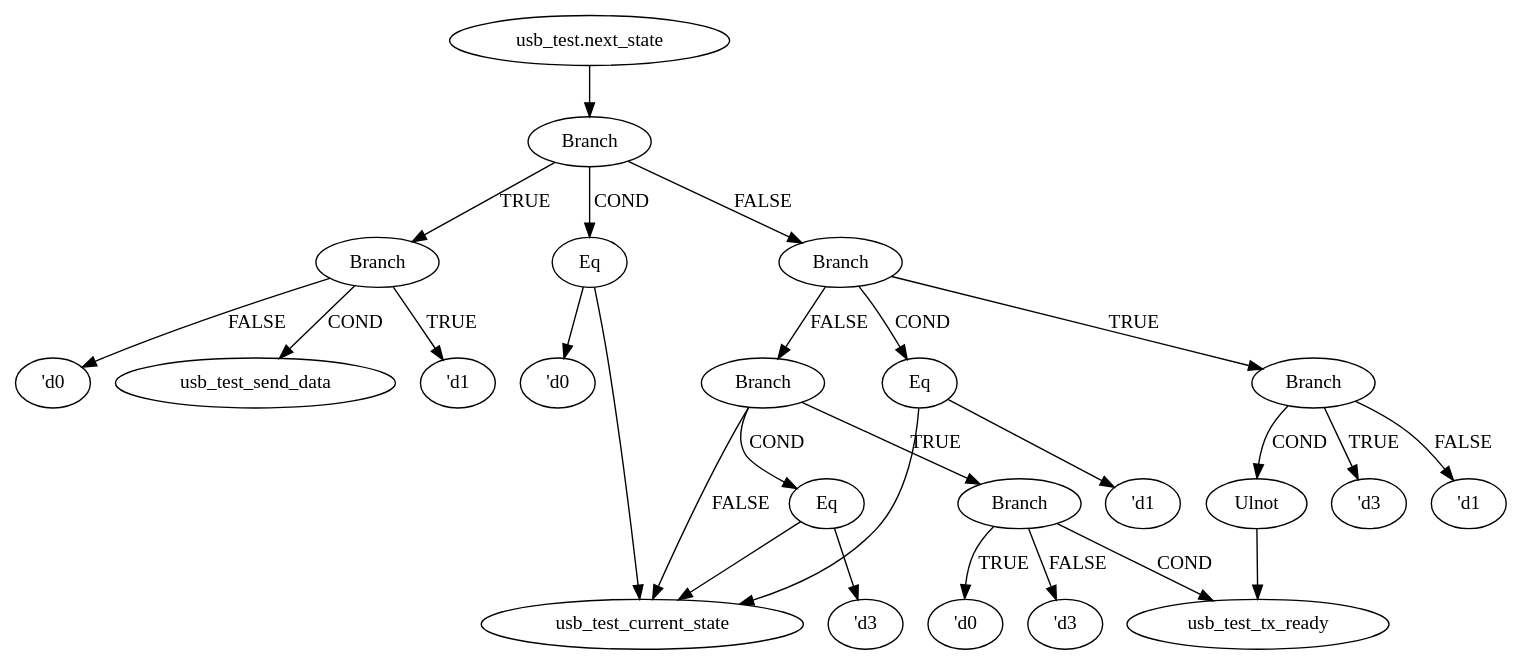
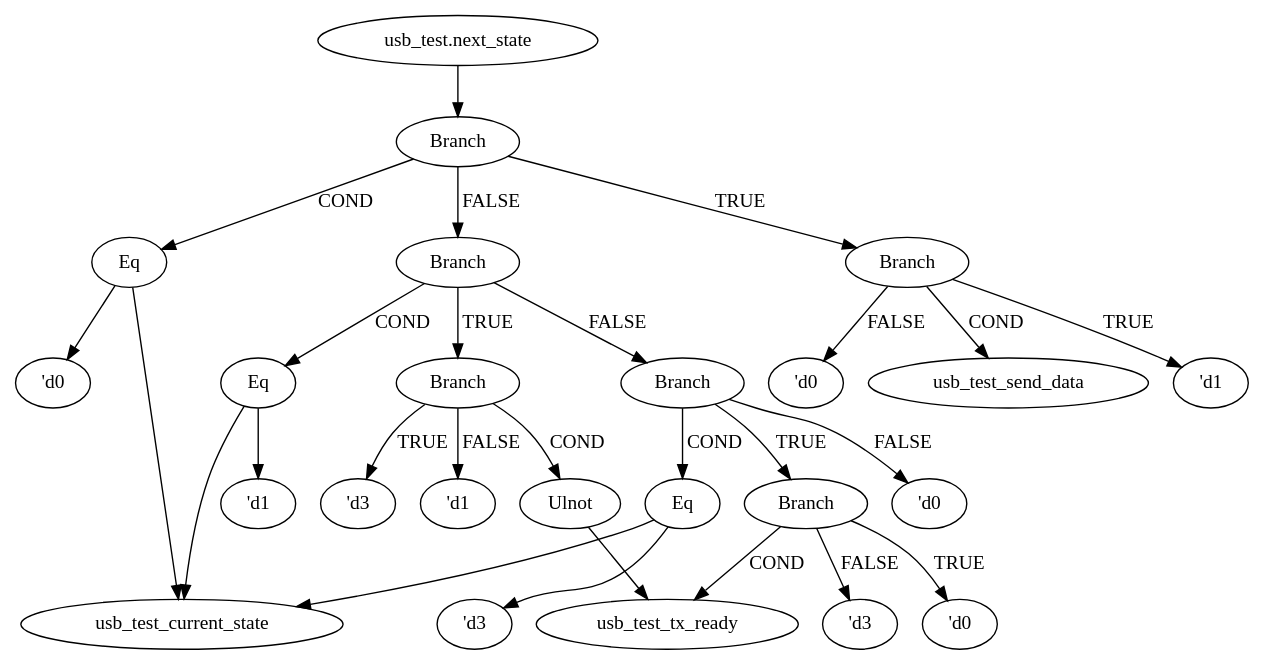
The diagram in usb_test.dot (vnay01/MasterThesis), drawn with Graphviz before and after one commit. The commit also changed 29 other files, not shown here.

```diff
--- a/usb_test.dot
+++ b/usb_test.dot
@@ -1,90 +1,92 @@
 strict digraph "" {
 	node [label="\N"];
 	"usb_test.next_state_graphrename_0"	[color=black,
 		label="usb_test.next_state"];
 	Branch_graphrename_1	[color=black,
 		label=Branch];
 	"usb_test.next_state_graphrename_0" -> Branch_graphrename_1	[color=black];
 	Eq_graphrename_2	[color=black,
 		label=Eq];
 	Branch_graphrename_1 -> Eq_graphrename_2	[color=black,
 		label=COND];
 	Branch_graphrename_4	[color=black,
 		label=Branch];
 	Branch_graphrename_1 -> Branch_graphrename_4	[color=black,
 		label=TRUE];
 	Branch_graphrename_7	[color=black,
 		label=Branch];
 	Branch_graphrename_1 -> Branch_graphrename_7	[color=black,
 		label=FALSE];
 	usb_test_current_state	[color=black];
 	Eq_graphrename_2 -> usb_test_current_state	[color=black];
 	"'d0_graphrename_3"	[color=black,
 		label="'d0"];
 	Eq_graphrename_2 -> "'d0_graphrename_3"	[color=black];
 	usb_test_send_data	[color=black];
 	Branch_graphrename_4 -> usb_test_send_data	[color=black,
 		label=COND];
 	"'d1_graphrename_5"	[color=black,
 		label="'d1"];
 	Branch_graphrename_4 -> "'d1_graphrename_5"	[color=black,
 		label=TRUE];
 	"'d0_graphrename_6"	[color=black,
 		label="'d0"];
 	Branch_graphrename_4 -> "'d0_graphrename_6"	[color=black,
 		label=FALSE];
 	Eq_graphrename_8	[color=black,
 		label=Eq];
 	Branch_graphrename_7 -> Eq_graphrename_8	[color=black,
 		label=COND];
 	Branch_graphrename_10	[color=black,
 		label=Branch];
 	Branch_graphrename_7 -> Branch_graphrename_10	[color=black,
 		label=TRUE];
 	Branch_graphrename_14	[color=black,
 		label=Branch];
 	Branch_graphrename_7 -> Branch_graphrename_14	[color=black,
 		label=FALSE];
 	Eq_graphrename_8 -> usb_test_current_state	[color=black];
 	"'d1_graphrename_9"	[color=black,
 		label="'d1"];
 	Eq_graphrename_8 -> "'d1_graphrename_9"	[color=black];
 	Ulnot_graphrename_11	[color=black,
 		label=Ulnot];
 	Branch_graphrename_10 -> Ulnot_graphrename_11	[color=black,
 		label=COND];
 	"'d3_graphrename_12"	[color=black,
 		label="'d3"];
 	Branch_graphrename_10 -> "'d3_graphrename_12"	[color=black,
 		label=TRUE];
 	"'d1_graphrename_13"	[color=black,
 		label="'d1"];
 	Branch_graphrename_10 -> "'d1_graphrename_13"	[color=black,
 		label=FALSE];
 	usb_test_tx_ready	[color=black];
 	Ulnot_graphrename_11 -> usb_test_tx_ready	[color=black];
-	Branch_graphrename_14 -> usb_test_current_state	[color=black,
-		label=FALSE];
 	Eq_graphrename_15	[color=black,
 		label=Eq];
 	Branch_graphrename_14 -> Eq_graphrename_15	[color=black,
 		label=COND];
 	Branch_graphrename_17	[color=black,
 		label=Branch];
 	Branch_graphrename_14 -> Branch_graphrename_17	[color=black,
 		label=TRUE];
+	"'d0_graphrename_20"	[color=black,
+		label="'d0"];
+	Branch_graphrename_14 -> "'d0_graphrename_20"	[color=black,
+		label=FALSE];
 	Eq_graphrename_15 -> usb_test_current_state	[color=black];
 	"'d3_graphrename_16"	[color=black,
 		label="'d3"];
 	Eq_graphrename_15 -> "'d3_graphrename_16"	[color=black];
 	Branch_graphrename_17 -> usb_test_tx_ready	[color=black,
 		label=COND];
 	"'d0_graphrename_18"	[color=black,
 		label="'d0"];
 	Branch_graphrename_17 -> "'d0_graphrename_18"	[color=black,
 		label=TRUE];
 	"'d3_graphrename_19"	[color=black,
 		label="'d3"];
 	Branch_graphrename_17 -> "'d3_graphrename_19"	[color=black,
 		label=FALSE];
 }
```
